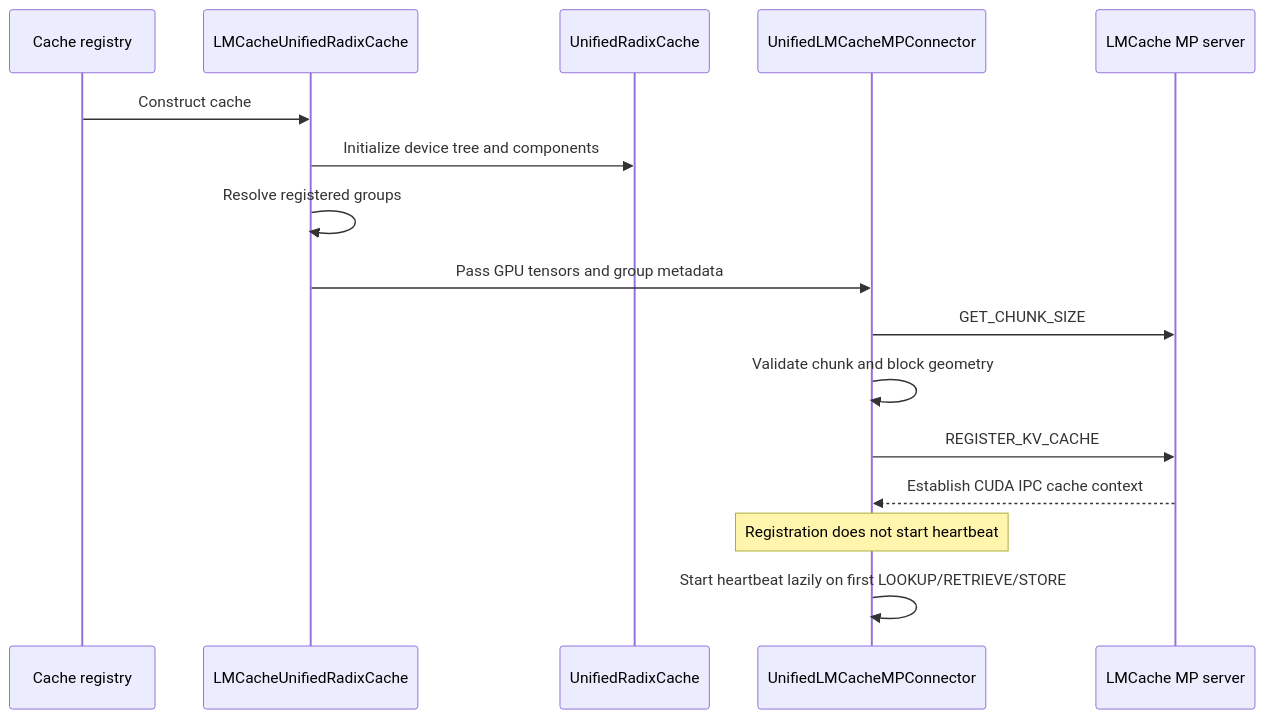
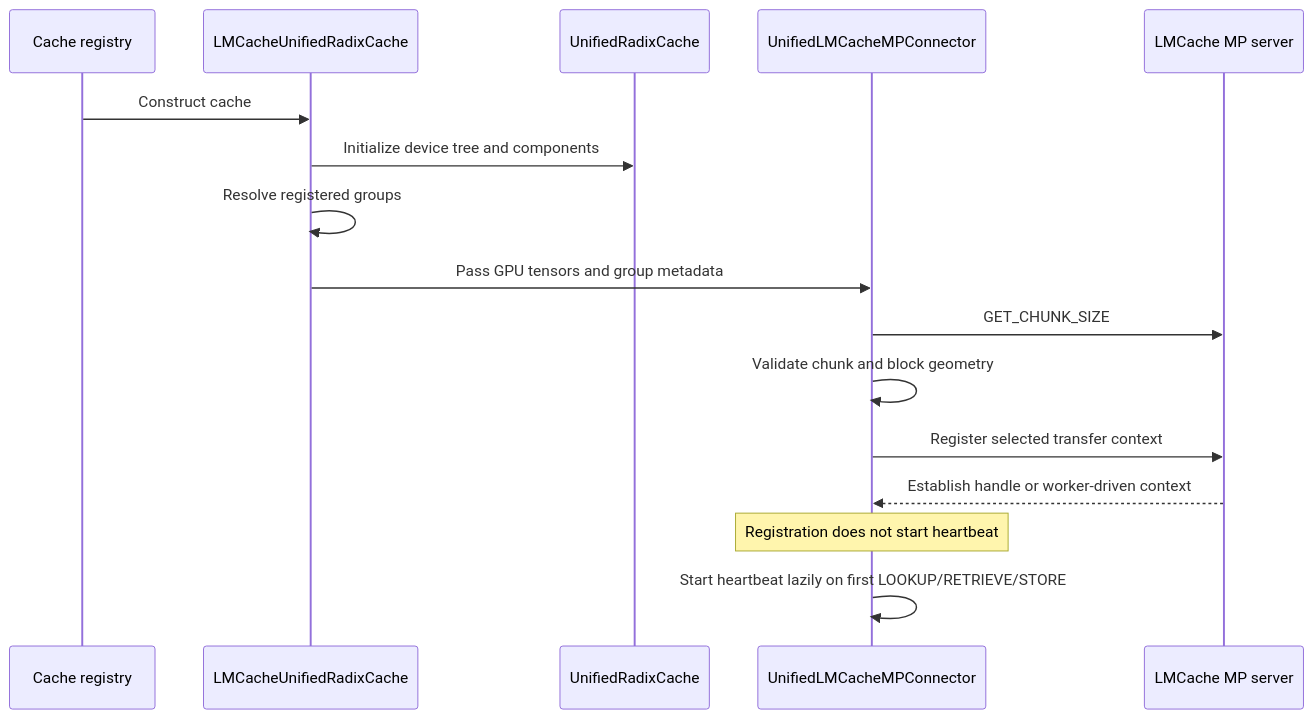
The first of 3 diagrams in docs/design/integration/sglang/lmcache-unified-radix-cache.md (LMCache/LMCache), drawn with Mermaid before and after one commit. The commit also changed other lines of this file and 12 other files, not shown here.

````diff
--- a/docs/design/integration/sglang/lmcache-unified-radix-cache.md
+++ b/docs/design/integration/sglang/lmcache-unified-radix-cache.md
@@ -119,19 +138,19 @@
 ```mermaid
 sequenceDiagram
     participant R as Cache registry
     participant C as LMCacheUnifiedRadixCache
     participant U as UnifiedRadixCache
     participant M as UnifiedLMCacheMPConnector
     participant S as LMCache MP server
 
     R->>C: Construct cache
     C->>U: Initialize device tree and components
     C->>C: Resolve registered groups
     C->>M: Pass GPU tensors and group metadata
     M->>S: GET_CHUNK_SIZE
     M->>M: Validate chunk and block geometry
-    M->>S: REGISTER_KV_CACHE
-    S-->>M: Establish CUDA IPC cache context
+    M->>S: Register selected transfer context
+    S-->>M: Establish handle or worker-driven context
     Note over M: Registration does not start heartbeat
     M->>M: Start heartbeat lazily on first LOOKUP/RETRIEVE/STORE
 ```
````
